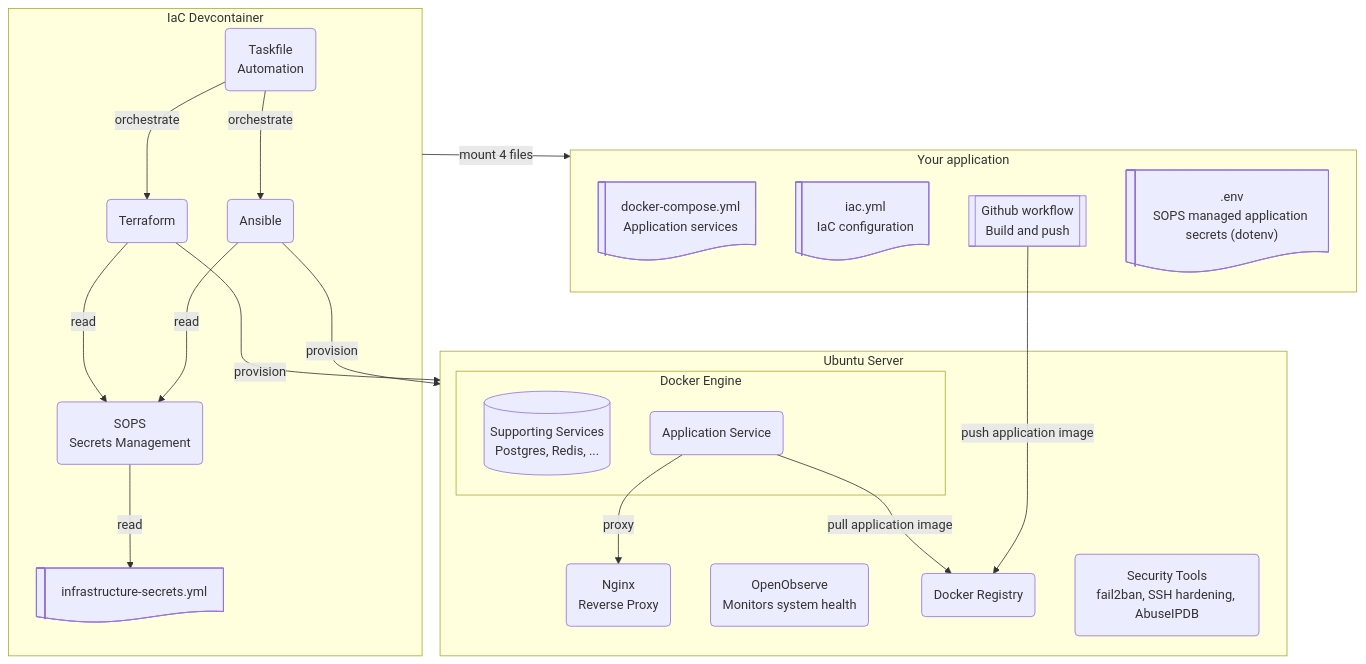
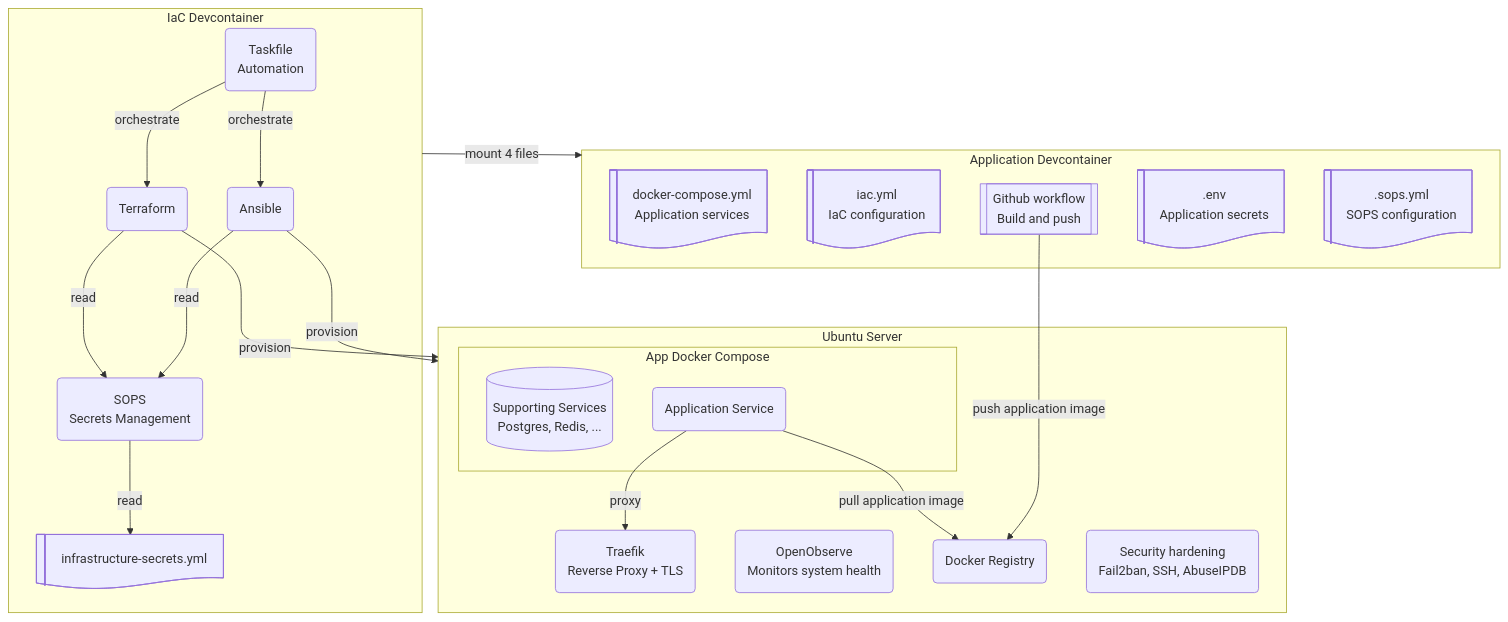
The diagram in docs/getting-started.md (rednaw/iac), drawn with Mermaid before and after one commit. The commit also changed other lines of this file and 36 other files, not shown here.

````diff
--- a/docs/getting-started.md
+++ b/docs/getting-started.md
@@ -22,46 +22,47 @@
 ```mermaid
 graph TB
     subgraph IAC[IaC Devcontainer]
         TASK(Taskfile<br/>Automation)
         SOPS(SOPS<br/>Secrets Management)
         TF(Terraform)
         ANS(Ansible)
         INFRA_SECRETS@{ shape: lin-doc, label: "infrastructure-secrets.yml" }
     end
 
     subgraph SERVER[Ubuntu Server]
-      NGINX(Nginx<br/>Reverse Proxy)
-      subgraph DOCKER[Docker Engine]
+      TRAEFIK(Traefik<br/>Reverse Proxy + TLS)
+      subgraph DOCKER[App Docker Compose]
         SUPPORTING_SERVICES@{ shape: cyl, label: "Supporting Services<br/>Postgres, Redis, ..." }
         APP_SERVICE(Application Service)
       end
       OBSERVE(OpenObserve<br/>Monitors system health)
       REGISTRY(Docker Registry)
-      SEC(Security Tools<br/>fail2ban, SSH hardening, AbuseIPDB)
+      SEC(Security hardening<br/>Fail2ban, SSH, AbuseIPDB)
     end
 
-    subgraph APP[Your application]
+    subgraph APP[Application Devcontainer]
       COMPOSE@{ shape: lin-doc, label: "docker-compose.yml<br/>Application services" }
       IAC_YML@{ shape: lin-doc, label: "iac.yml<br/>IaC configuration" }
       PUSH@{ shape: subproc, label: "Github workflow<br/>Build and push" }
-      APP_SECRETS@{ shape: lin-doc, label: ".env<br/>SOPS managed application secrets (dotenv)" }
+      APP_SECRETS@{ shape: lin-doc, label: ".env<br/>Application secrets" }
+      SOPS_CONFIG@{ shape: lin-doc, label: ".sops.yml<br/>SOPS configuration" }
     end
 
     IAC -->|mount 4 files| APP
     
     TASK -->|orchestrate| TF
     TASK -->|orchestrate| ANS
 
     SOPS -->|read| INFRA_SECRETS
         
     TF -->|provision| SERVER
     TF -->|read| SOPS
     
     ANS -->|provision| SERVER
     ANS -->|read| SOPS
 
     APP_SERVICE -->|pull application image| REGISTRY
     PUSH --->|push application image| REGISTRY 
     
-    APP_SERVICE -->|proxy| NGINX
+    APP_SERVICE -->|proxy| TRAEFIK
 ```
````
